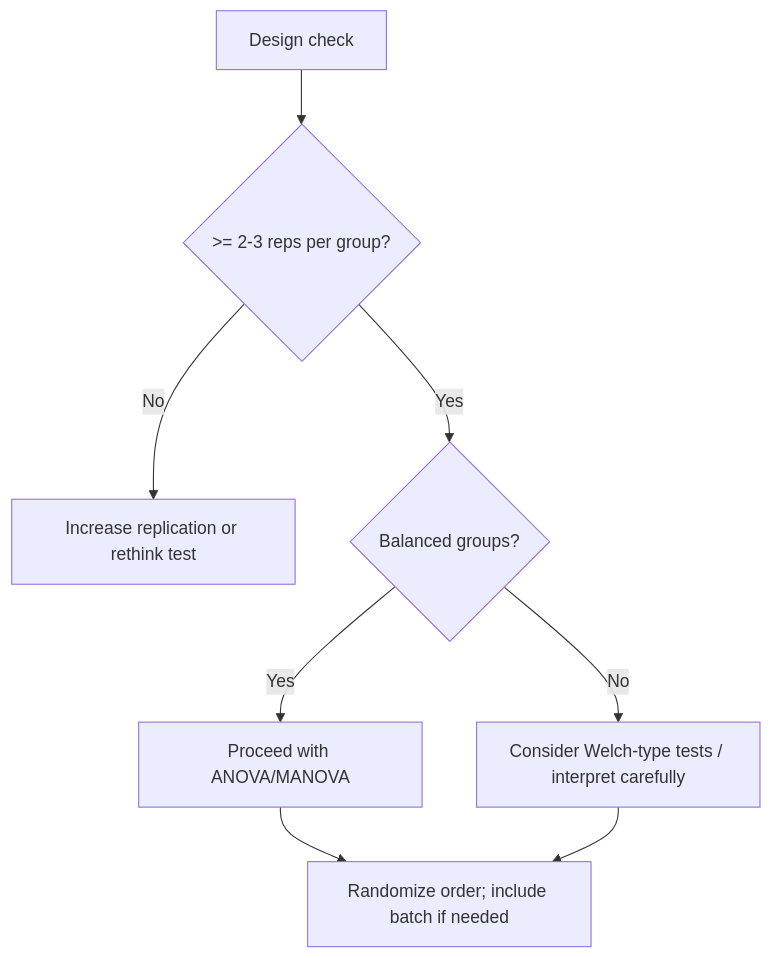
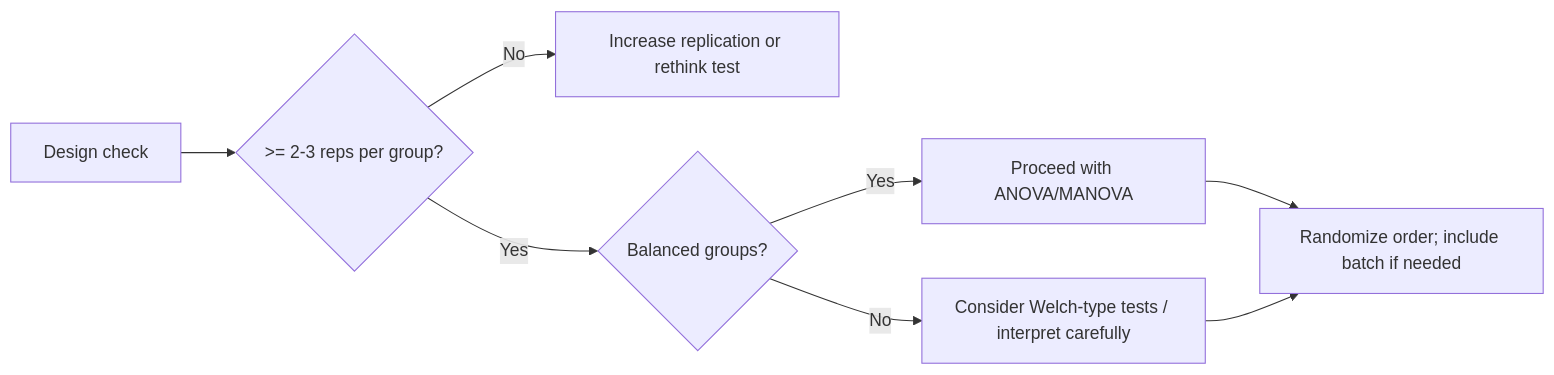
One commit to chandrasekarnarayana/foodspec changed the diagram in docs/stats/study_design_and_data_requirements.md. Above: the diagram before and after it, drawn with Mermaid. The commit also changed 13 other files, not shown here.

Commit message:
updated flow charts

````diff
--- a/docs/stats/study_design_and_data_requirements.md
+++ b/docs/stats/study_design_and_data_requirements.md
@@ -28,10 +28,10 @@
 ```mermaid
-flowchart TD
+flowchart LR
   A[Design check] --> B{>= 2-3 reps per group?}
   B -->|No| C[Increase replication or rethink test]
   B -->|Yes| D{Balanced groups?}
   D -->|Yes| E[Proceed with ANOVA/MANOVA]
   D -->|No| F[Consider Welch-type tests / interpret carefully]
   E --> G[Randomize order; include batch if needed]
   F --> G
 ```
````
